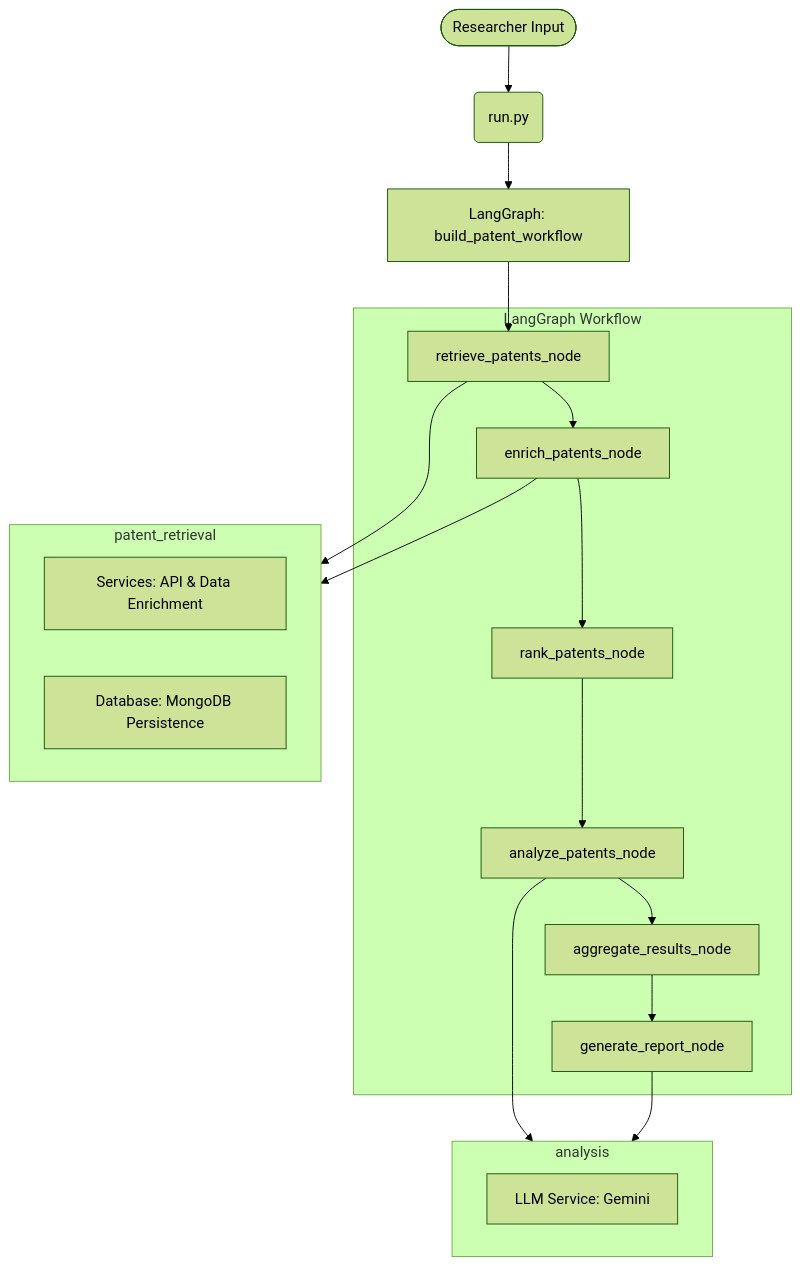
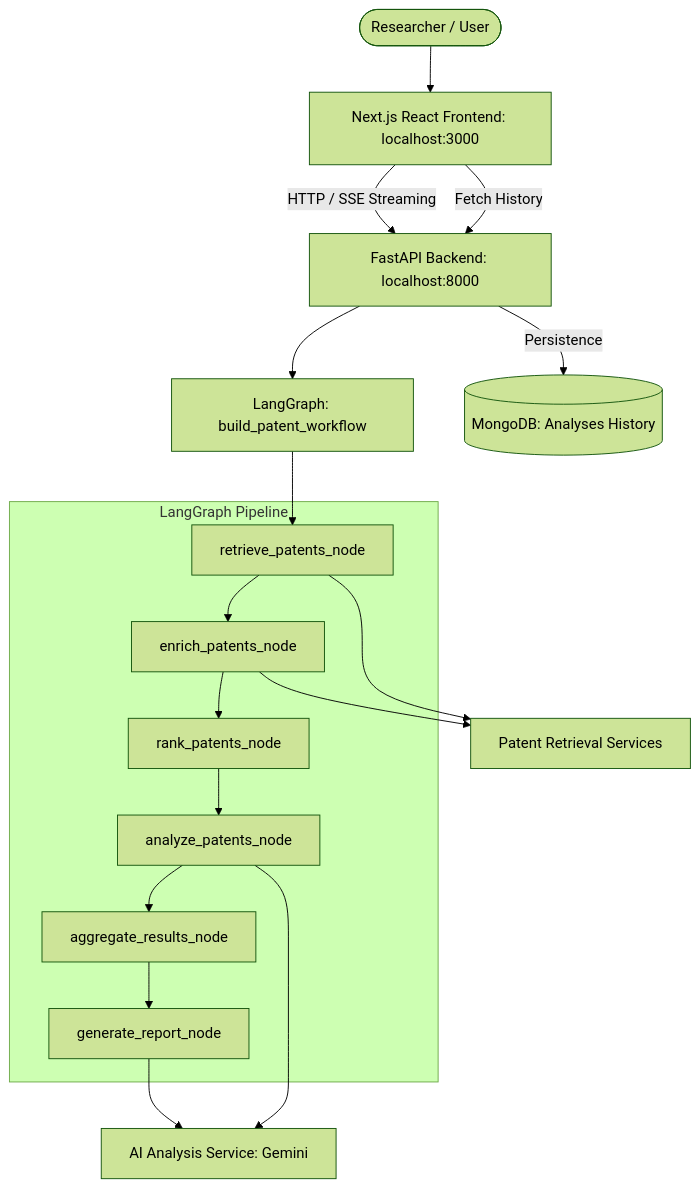
One commit to nxtrohith/PatentPilot changed the diagram in README.md. Above: the diagram before and after it, drawn with Mermaid (forest theme). The commit also changed other lines of this file and 1 other file, not shown here.

Commit message:
docs: update project READMEs to reflect full-stack architecture and feature set

````diff
--- a/README.md
+++ b/README.md
@@ -12,29 +14,24 @@
 ```mermaid
 graph TD
-    User([Researcher Input]) --> run(run.py)
-    run --> Workflow[LangGraph: build_patent_workflow]
+    User([Researcher / User]) --> Frontend[Next.js React Frontend: localhost:3000]
+    Frontend -->|HTTP / SSE Streaming| API[FastAPI Backend: localhost:8000]
+    API --> LangGraph[LangGraph: build_patent_workflow]
     
-    subgraph LangGraph Workflow
+    subgraph LangGraph Pipeline
         Retrieve[retrieve_patents_node] --> Enrich[enrich_patents_node]
         Enrich --> Rank[rank_patents_node]
         Rank --> Analyze[analyze_patents_node]
         Analyze --> Aggregate[aggregate_results_node]
         Aggregate --> Report[generate_report_node]
     end
     
-    Workflow --> Retrieve
+    LangGraph --> Retrieve
     
-    Retrieve --> patent_retrieval
-    Enrich --> patent_retrieval
-    Analyze --> analysis
-    Report --> analysis
+    Retrieve --> RetrievalService[Patent Retrieval Services]
+    Enrich --> RetrievalService
+    Analyze --> AnalysisService[AI Analysis Service: Gemini]
+    Report --> AnalysisService
     
-    subgraph patent_retrieval
-        Services[Services: API & Data Enrichment]
-        DB[Database: MongoDB Persistence]
-    end
-    
-    subgraph analysis
-        LLM[LLM Service: Gemini]
-    end
+    API -->|Persistence| DB[(MongoDB: Analyses History)]
+    Frontend -->|Fetch History| API
 ```
````
